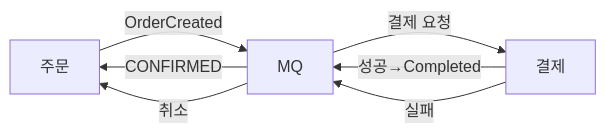
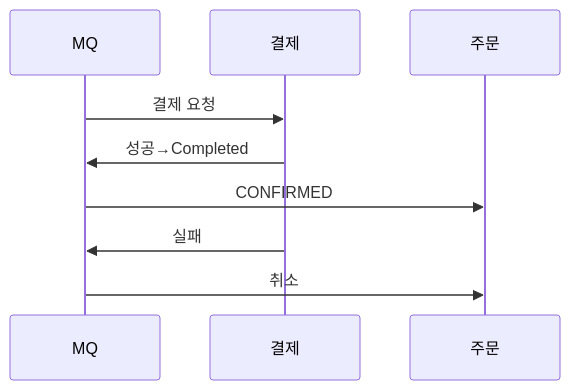
Before and after one commit to yjkim2015/yjkim2015.github.io: the tenth of 11 diagrams in _posts/spring/2026-05-02-spring-db-1.md, drawn with Mermaid. The commit also changed other lines of this file and 89 other files, not shown here.

First line of the commit message:
복잡한 flowchart 163개 → sequenceDiagram 변환 (90파일)

````diff
--- a/_posts/spring/2026-05-02-spring-db-1.md
+++ b/_posts/spring/2026-05-02-spring-db-1.md
@@ -524,9 +519,8 @@
 ```mermaid
-graph LR
-    OS["주문"] -->|"OrderCreated"| MQ["MQ"]
-    MQ -->|"결제 요청"| PS["결제"]
-    PS -->|"성공→Completed"| MQ
-    MQ -->|"CONFIRMED"| OS
-    PS -->|"실패"| MQ
-    MQ -->|"취소"| OS
+sequenceDiagram
+    MQ->>결제: 결제 요청
+    결제->>MQ: 성공→Completed
+    MQ->>주문: CONFIRMED
+    결제->>MQ: 실패
+    MQ->>주문: 취소
 ```
````
